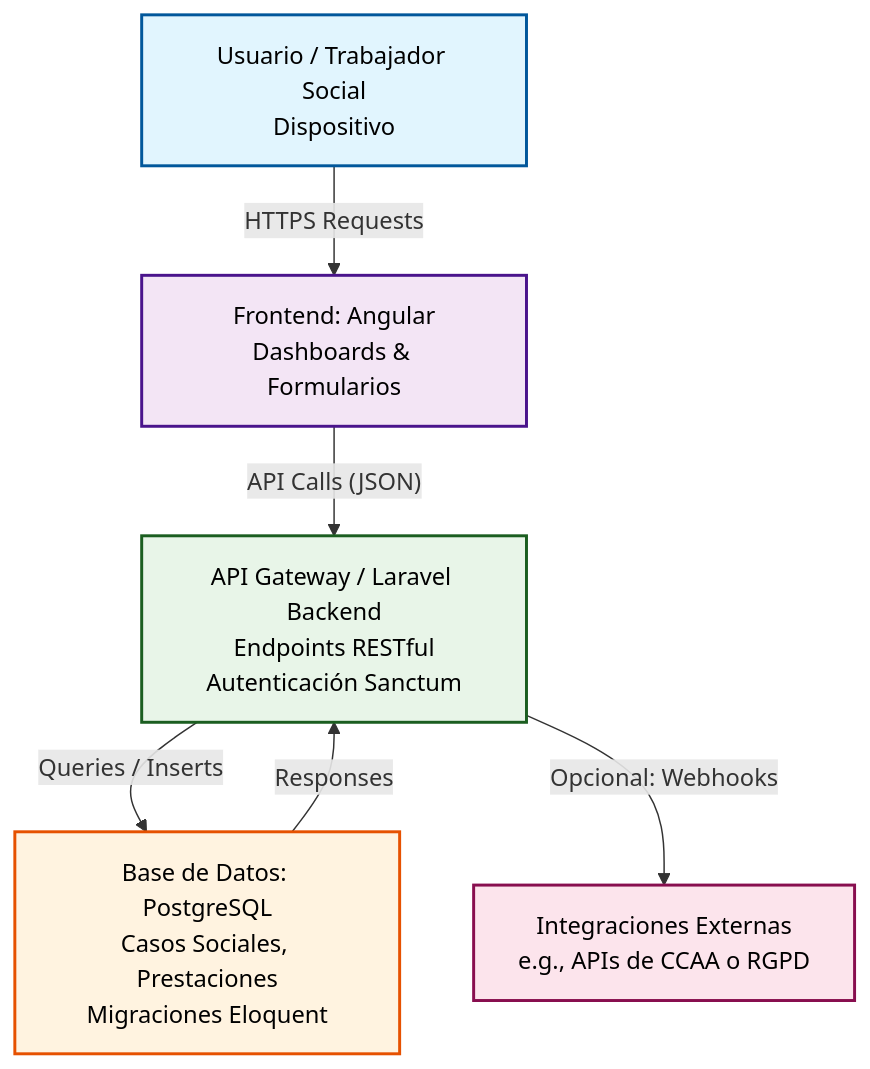
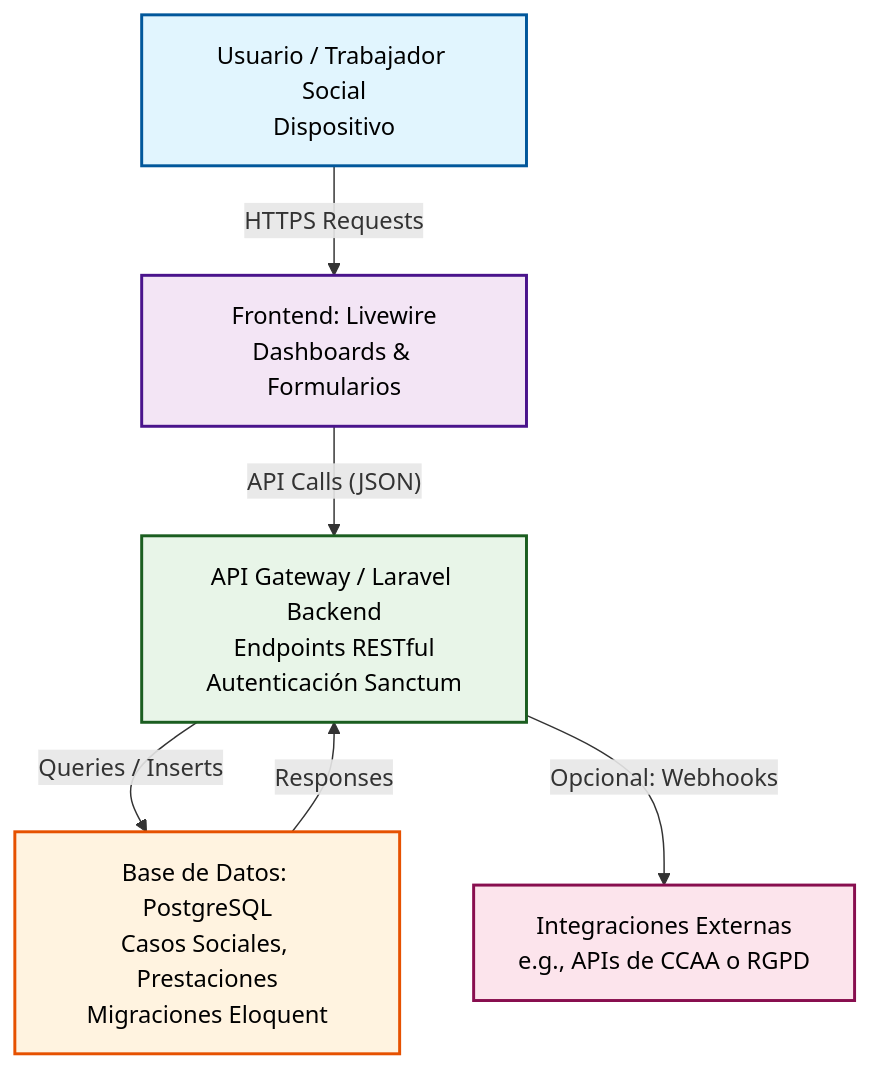
The first of 2 diagrams in docs/Arquitectura.md (FranciscoUrsua/vida-project), drawn with Mermaid before and after one commit. The commit also changed other lines of this file and 1 other file, not shown here.

Commit message:
Replace Angular references with Livewire in docs
Frontend stack is Livewire, not a standalone Angular SPA.

````diff
--- a/docs/Arquitectura.md
+++ b/docs/Arquitectura.md
@@ -7,23 +7,23 @@
 ```mermaid
 graph TD
     %% Definir nodos con estilos
     A[Usuario / Trabajador Social<br/>Dispositivo]:::user
-    B[Frontend: Angular<br/>Dashboards & Formularios]:::frontend
+    B[Frontend: Livewire<br/>Dashboards & Formularios]:::frontend
     C[API Gateway / Laravel Backend<br/>Endpoints RESTful<br/>Autenticación Sanctum]:::backend
     D[Base de Datos: PostgreSQL<br/>Casos Sociales, Prestaciones<br/>Migraciones Eloquent]:::db
     E[Integraciones Externas<br/>e.g., APIs de CCAA o RGPD]:::external
 
     %% Flujos de conexión
     A -->|"HTTPS Requests"| B
     B -->|"API Calls (JSON)"| C
     C -->|"Queries / Inserts"| D
     C -->|"Opcional: Webhooks"| E
     D -->|"Responses"| C
 
     %% Estilos CSS para nodos
     classDef user fill:#e1f5fe,stroke:#01579b,stroke-width:2px,color:#000
     classDef frontend fill:#f3e5f5,stroke:#4a148c,stroke-width:2px,color:#000
     classDef backend fill:#e8f5e8,stroke:#1b5e20,stroke-width:2px,color:#000
     classDef db fill:#fff3e0,stroke:#e65100,stroke-width:2px,color:#000
     classDef external fill:#fce4ec,stroke:#880e4f,stroke-width:2px,color:#000
 ```
````
